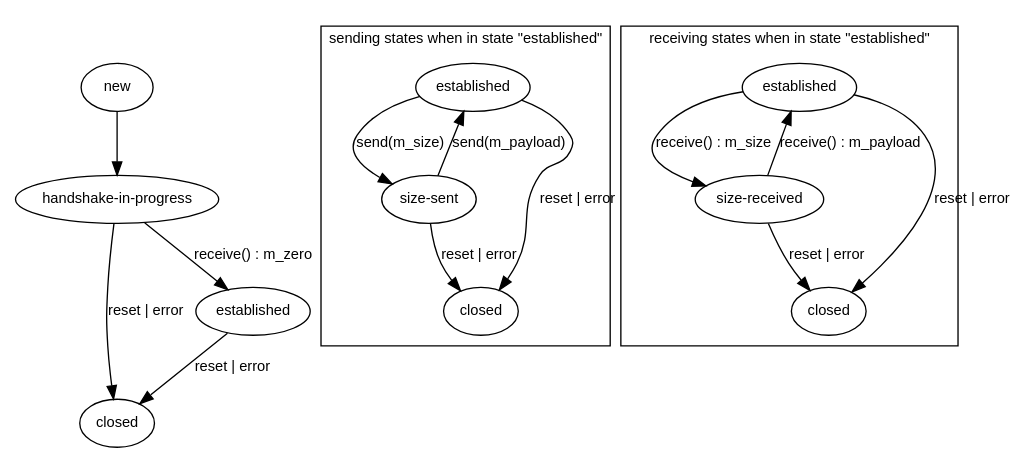
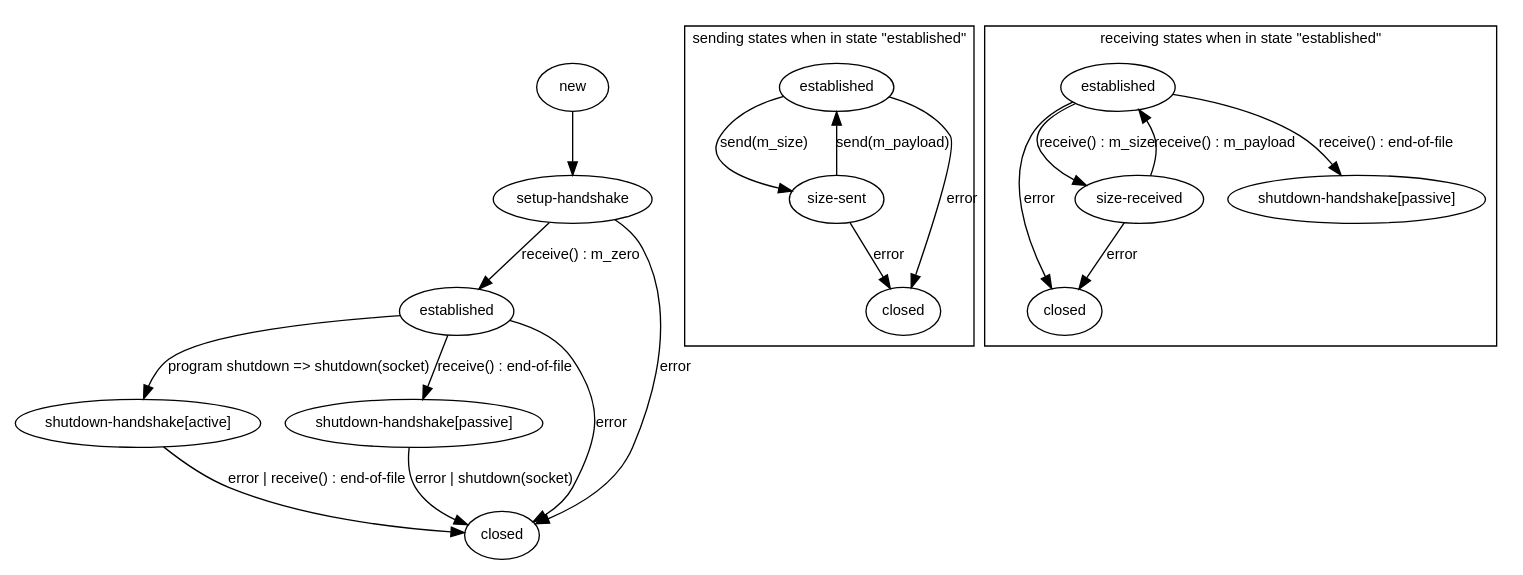
The first of 2 diagrams in specification-socket.rst (open-rsx/rsb-manual), drawn with Graphviz before and after one commit. The commit also changed other lines of this file, not shown here.

First line of the commit message:
Added description of shutdown handshake protocol in specification-socket.rst

```diff
--- a/specification-socket.rst
+++ b/specification-socket.rst
@@ -130,36 +149,45 @@
 .. digraph:: client_states
 
    fontname=Arial
    fontsize=11
    node [fontsize=11,fontname=Arial]
    edge [fontsize=11,fontname=Arial]
 
    "new";
-   "handshake-in-progress";
+   "setup-handshake";
+   "established";
+   "shutdown-handshake-active" [label="shutdown-handshake[active]"];
+   "shutdown-handshake-passive" [label="shutdown-handshake[passive]"];
    "closed";
-   "new" -> "handshake-in-progress";
-   "handshake-in-progress" -> "established" [label="receive() : m_zero"];
-   "handshake-in-progress" -> "closed" [label="reset | error"];
-   "established" -> "closed" [label="reset | error"];
+   "new" -> "setup-handshake";
+   "setup-handshake" -> "established" [label="receive() : m_zero"];
+   "setup-handshake" -> "closed" [label="error"];
+   "established" -> "closed" [label="error"];
+   "established" -> "shutdown-handshake-active" [label="program shutdown => shutdown(socket)"];
+   "shutdown-handshake-active" -> "closed" [label="error | receive() : end-of-file"];
+   "established" -> "shutdown-handshake-passive" [label="receive() : end-of-file"];
+   "shutdown-handshake-passive" -> "closed" [label="error | shutdown(socket)"];
 
    subgraph cluster_established_send {
      label="sending states when in state \"established\""
      "established-send" [label="established"];
      "size-sent";
      "closed-send" [label="closed"];
      "established-send" -> "size-sent" [label="send(m_size)"];
      "size-sent" -> "established-send" [label="send(m_payload)"];
-     "established-send" -> "closed-send" [label="reset | error"];
-     "size-sent" -> "closed-send" [label="reset | error"];
+     "established-send" -> "closed-send" [label="error"];
+     "size-sent" -> "closed-send" [label="error"];
    };
 
    subgraph cluster_established_receive {
      label="receiving states when in state \"established\""
      "established-receive" [label="established"];
      "size-received";
      "closed-receive" [label="closed"];
+     "shutdown-handshake-receive" [label="shutdown-handshake[passive]"];
      "established-receive" -> "size-received" [label="receive() : m_size"];
      "size-received" -> "established-receive" [label="receive() : m_payload"];
-     "established-receive" -> "closed-receive" [label="reset | error"];
-     "size-received" -> "closed-receive" [label="reset | error"];
+     "established-receive" -> "closed-receive" [label="error"];
+     "size-received" -> "closed-receive" [label="error"];
+     "established-receive" -> "shutdown-handshake-receive" [label="receive() : end-of-file"];
    };
```
